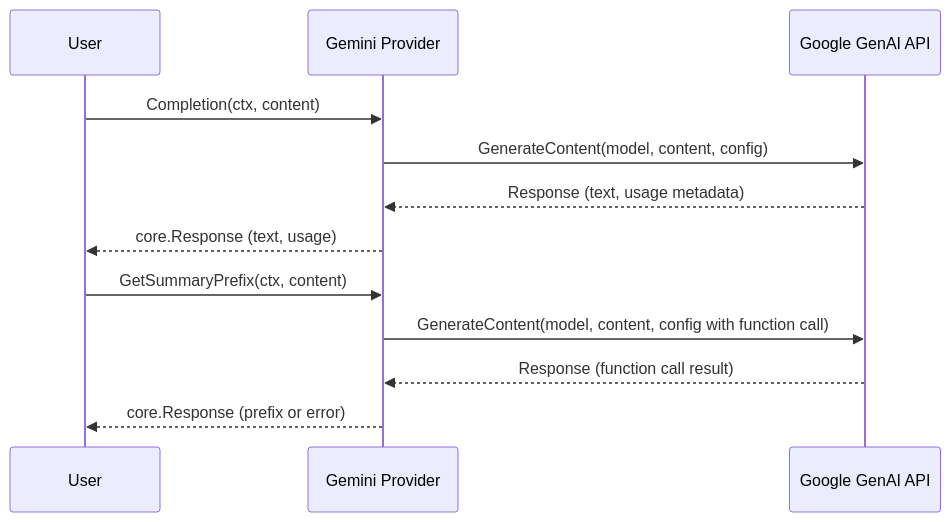
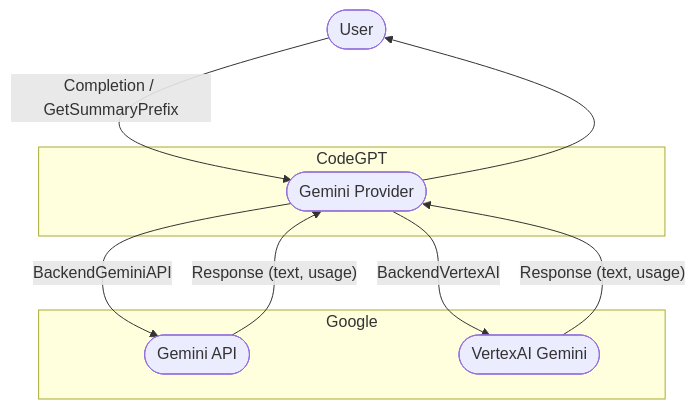
Before and after one commit to appleboy/CodeGPT: the diagram in README.md, drawn with Mermaid. The commit also changed other lines of this file and 2 other files, not shown here.

First line of the commit message:
docs: document Gemini and VertexAI provider setup and usage

````diff
--- a/README.md
+++ b/README.md
@@ -250,16 +282,21 @@
 ```mermaid
-sequenceDiagram
-    participant User
-    participant GeminiClient as Gemini Provider
-    participant GenAI as Google GenAI API
+flowchart TD
+    User([User])
+    subgraph CodeGPT
+      GeminiClient([Gemini Provider])
+    end
+    subgraph Google
+      GeminiAPI([Gemini API])
+      VertexAI([VertexAI Gemini])
+    end
 
-    User->>GeminiClient: Completion(ctx, content)
-    GeminiClient->>GenAI: GenerateContent(model, content, config)
-    GenAI-->>GeminiClient: Response (text, usage metadata)
-    GeminiClient-->>User: core.Response (text, usage)
+    User -->|Completion / GetSummaryPrefix| GeminiClient
 
-    User->>GeminiClient: GetSummaryPrefix(ctx, content)
-    GeminiClient->>GenAI: GenerateContent(model, content, config with function call)
-    GenAI-->>GeminiClient: Response (function call result)
-    GeminiClient-->>User: core.Response (prefix or error)
+    GeminiClient -- BackendGeminiAPI --> GeminiAPI
+    GeminiAPI -- Response (text, usage) --> GeminiClient
+
+    GeminiClient -- BackendVertexAI --> VertexAI
+    VertexAI -- Response (text, usage) --> GeminiClient
+
+    GeminiClient --> User
 ```
````
